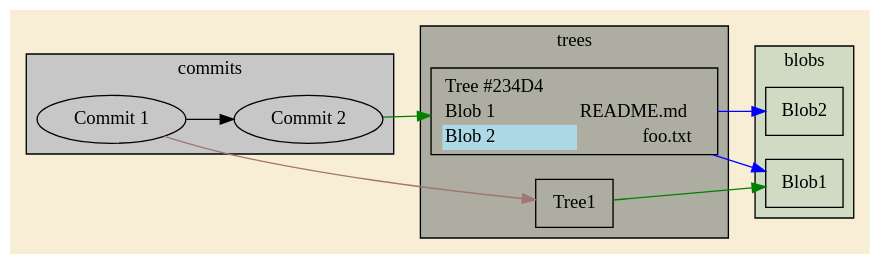
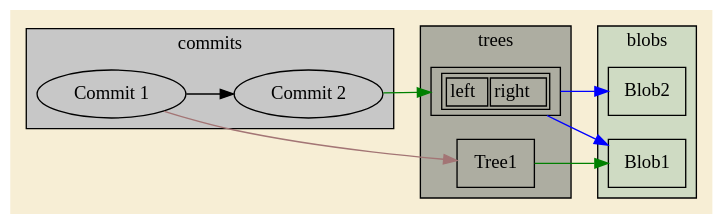
One commit to troflog/git_blob_graph changed the diagram in petter.dot. Above: the diagram before and after it, drawn with Graphviz. The commit also changed 2 other files, not shown here.

```diff
--- a/petter.dot
+++ b/petter.dot
@@ -1,40 +1,32 @@
 // Eg er stor
 digraph trond {
 	bgcolor="#f7edd2ed" rankdir=LR
 	subgraph cluster_commit {
 		fillcolor="#c7c7c7" label=commits style=filled
 		C1 [label="Commit 1"]
 		C2 [label="Commit 2"]
 	}
 	subgraph cluster_tree {
 		node [shape=box]
 		fillcolor="#adada1" label=trees style=filled
 		T1 [label=Tree1]
-		T2 [label=<<TABLE
-       BORDER="0" CELLSPACING="0" >
-      <TR>
-        <TD ALIGN="LEFT">Tree #234D4</TD>
-      </TR>
-      <TR>
-        <TD ALIGN="LEFT" >Blob 1</TD>
-        <TD ALIGN="RIGHT" >README.md</TD>
-      </TR>
-      <TR>
-        <TD ALIGN="LEFT" BGCOLOR="lightblue">Blob 2</TD>
-        <TD ALIGN="RIGHT" >foo.txt</TD>
-      </TR>     
-    </TABLE>>]
+		T2 [label=<<TABLE>
+ <TR>
+   <TD>left</TD>
+   <TD>right</TD>
+ </TR>
+</TABLE>>]
 	}
 	subgraph cluster_blob {
 		node [shape=box]
 		fillcolor="#cfdbc3" label=blobs style=filled
 		B1 [label=Blob1]
 		B2 [label=Blob2]
 	}
 	C1 -> C2
 	C1 -> T1 [color="#a37575"]
 	C2 -> T2 [color=green]
 	T1 -> B1 [color=green]
 	T2 -> B1 [color=blue]
 	T2 -> B2 [color=blue]
 }
```
